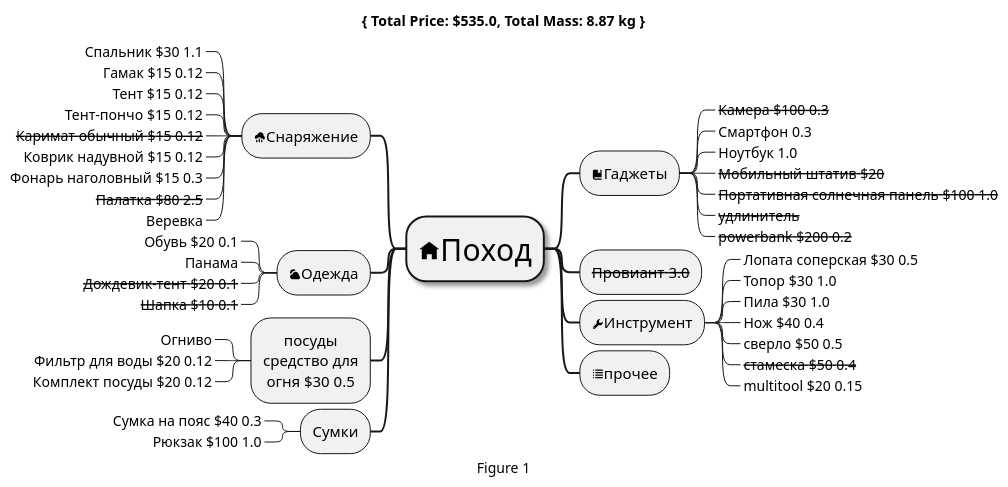
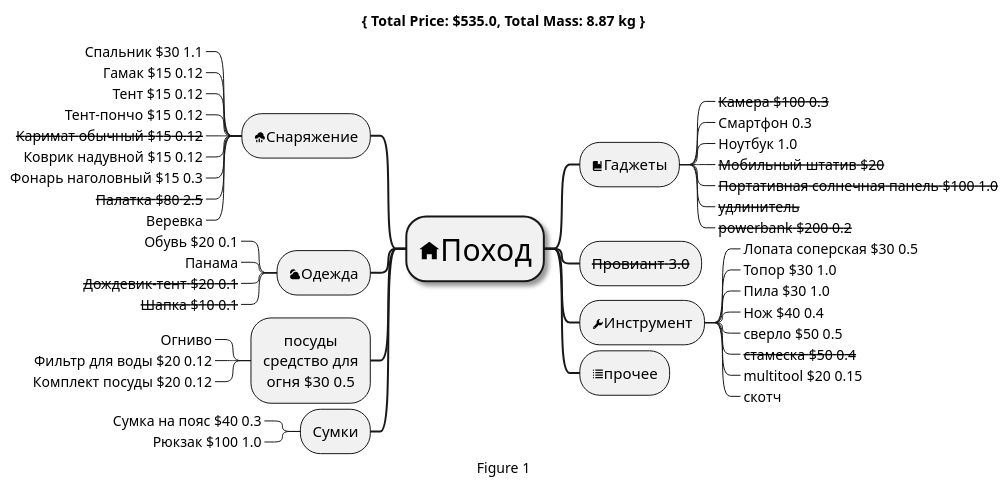
One commit to pauchai/mindmap_organizer changed the diagram in generated.puml. Above: the diagram before and after it, drawn with PlantUML. The commit also changed 3 other files, not shown here.

```diff
--- a/generated.puml
+++ b/generated.puml
@@ -1,75 +1,76 @@
 @startmindmap
 <style>
 node {
     Padding 12
     Margin 3
     HorizontalAlignment center
     LineThickness 1.0
 
     RoundCorner 40
     MaximumWidth 100
 
 }
 :depth(0) {
     FontSize 30
     Shadowing 5.0
     LineThickness 2.0
 }
 :depth(1) {
     FontSize 15
 }
 :depth(2) {
     MaximumWidth None
 
 }
 </style>
 caption Figure 1
 title { Total Price: $535.0, Total Mass: 8.87 kg }
 - <&home>Поход
 -- <&rain>Снаряжение
 ---_ Спальник $30 1.1
 ---_ Гaмак $15 0.12
 ---_ Тент $15 0.12
 ---_ Тент-пончо $15 0.12
 ---_ <s>Каримат обычный $15 0.12</s>
 ---_ Коврик надувной $15 0.12
 ---_ Фонарь наголовный $15 0.3
 ---_ <s>Палатка $80 2.5</s>
 ---_ Веревка
 ++ <&book>Гаджеты
 +++_ <s>Камера $100 0.3</s>
 +++_ Смартфон 0.3
 +++_ Ноутбук 1.0
 +++_ <s>Мобильный штатив $20</s>
 +++_ <s>Портативная солнечная панель $100 1.0</s>
 +++_ <s>удлинитель</s>
 +++_ <s>powerbank $200 0.2</s>
 
 -- <&cloudy>Одежда
 ---_ Обувь $20 0.1
 ---_ Панама
 ---_ <s>Дождевик-тент $20 0.1</s>
 ---_ <s>Шапка $10 0.1</s>
 
 -- посуды средство для огня $30 0.5
 ---_ Огниво
 ---_ Фильтр для воды $20 0.12
 ---_ Комплект посуды $20 0.12
 -- Сумки
 ---_ Сумка на пояс $40 0.3
 ---_ Рюкзак $100 1.0
 
 ++ <s>Провиант 3.0</s>
 
 
 ++ <&wrench>Инструмент
 +++_ Лопата соперская $30 0.5
 +++_ Топор $30 1.0
 +++_ Пила $30 1.0
 +++_ Нож $40 0.4
 +++_ сверло $50 0.5
 +++_ <s>стамеска $50 0.4</s>
 +++_ multitool $20 0.15
++++_ скотч
 
 ++ <&list>прочее
 @endmindmap
```
